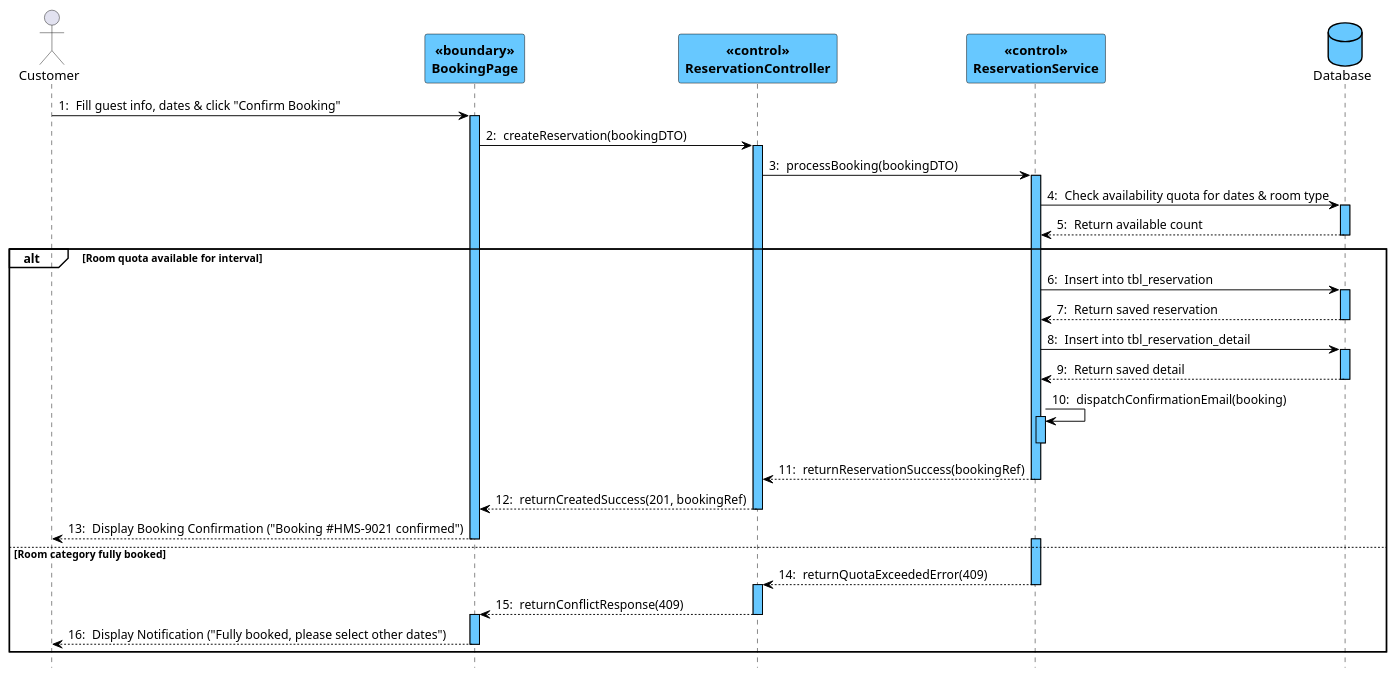
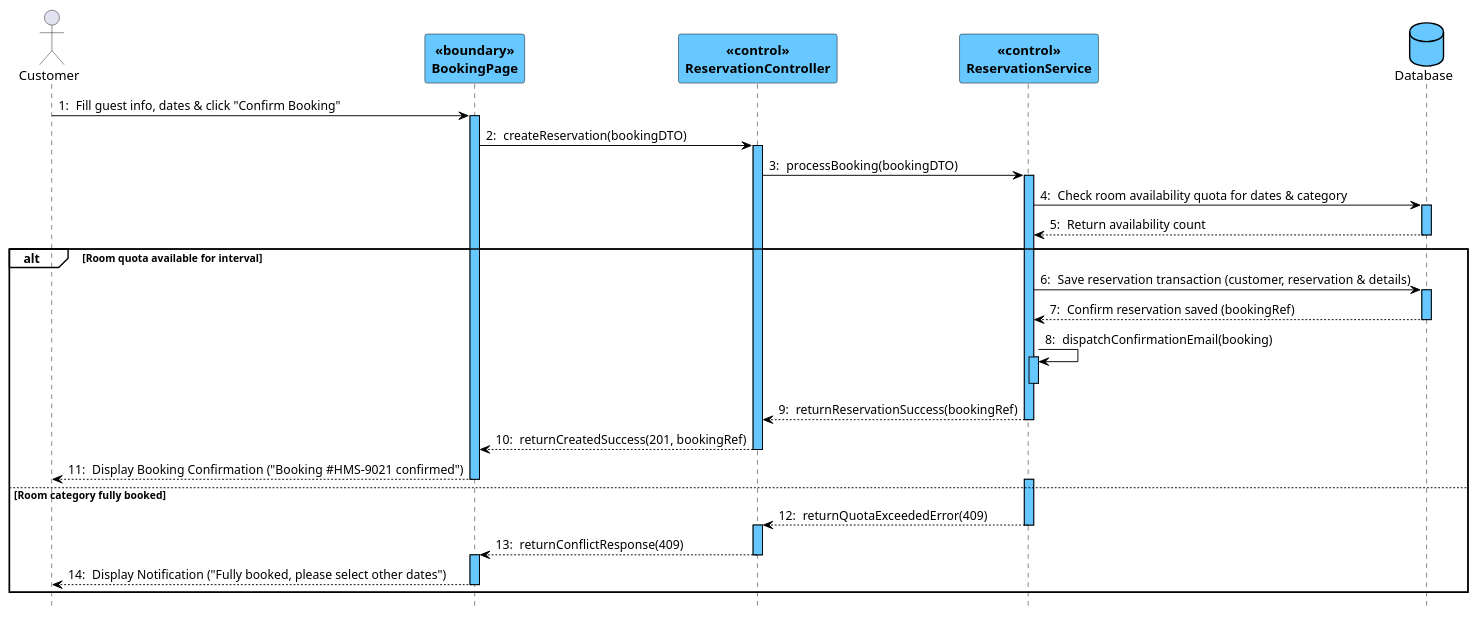
The fourth of 7 diagrams in docs/Class + Sequence/Sequence Diagram(s) (PlantUML).md (hieupeek/sba_doc), drawn with PlantUML before and after one commit. The commit also changed other lines of this file and 8 other files, not shown here.

Commit message:
docs: streamline database interactions to transaction-level operations in sequence diagrams

````diff
--- a/docs/Class + Sequence/Sequence Diagram(s) (PlantUML).md
+++ b/docs/Class + Sequence/Sequence Diagram(s) (PlantUML).md
@@ -264,82 +259,77 @@
 ```plantuml
 @startuml
 skinparam shadowed false
 autonumber 1 "0: "
 hide footbox
 
 skinparam participantBackgroundColor #67C8FF
 skinparam participantBorderColor #000000
 skinparam participantFontColor #000000
 skinparam participantFontStyle bold
 
 skinparam databaseBackgroundColor #67C8FF
 skinparam databaseBorderColor #000000
 skinparam databaseFontColor #000000
 
 skinparam sequenceLifeLineBackgroundColor #67C8FF
 skinparam sequenceLifeLineBorderColor #000000
 skinparam sequenceArrowColor #000000
 
 skinparam SequenceGroupFontColor #000000
 skinparam SequenceGroupFontStyle bold
 skinparam SequenceGroupHeaderFontColor #000000
 skinparam SequenceGroupHeaderFontStyle bold
 skinparam SequenceGroupBorderColor #000000
 skinparam SequenceGroupBackgroundColor transparent
 
 actor Customer
 participant BookingPage <<boundary>>
 participant ReservationController <<control>>
 participant ReservationService <<control>>
 database Database
 
 Customer -> BookingPage : Fill guest info, dates & click "Confirm Booking"
 activate BookingPage
 
 BookingPage -> ReservationController : createReservation(bookingDTO)
 activate ReservationController
 
 ReservationController -> ReservationService : processBooking(bookingDTO)
 activate ReservationService
 
-ReservationService -> Database : Check availability quota for dates & room type
+ReservationService -> Database : Check room availability quota for dates & category
 activate Database
-Database --> ReservationService : Return available count
+Database --> ReservationService : Return availability count
 deactivate Database
 
 alt Room quota available for interval
-    ReservationService -> Database : Insert into tbl_reservation
+    ReservationService -> Database : Save reservation transaction (customer, reservation & details)
     activate Database
-    Database --> ReservationService : Return saved reservation
-    deactivate Database
-
-    ReservationService -> Database : Insert into tbl_reservation_detail
-    activate Database
-    Database --> ReservationService : Return saved detail
+    Database --> ReservationService : Confirm reservation saved (bookingRef)
     deactivate Database
 
     ReservationService -> ReservationService : dispatchConfirmationEmail(booking)
     activate ReservationService
     deactivate ReservationService
 
     ReservationService --> ReservationController : returnReservationSuccess(bookingRef)
     deactivate ReservationService
 
     ReservationController --> BookingPage : returnCreatedSuccess(201, bookingRef)
     deactivate ReservationController
 
     BookingPage --> Customer : Display Booking Confirmation ("Booking #HMS-9021 confirmed")
     deactivate BookingPage
 else Room category fully booked
     activate ReservationService
     ReservationService --> ReservationController : returnQuotaExceededError(409)
     deactivate ReservationService
     activate ReservationController
     ReservationController --> BookingPage : returnConflictResponse(409)
     deactivate ReservationController
     activate BookingPage
     BookingPage --> Customer : Display Notification ("Fully booked, please select other dates")
     deactivate BookingPage
 end
 @enduml
 ```
````
